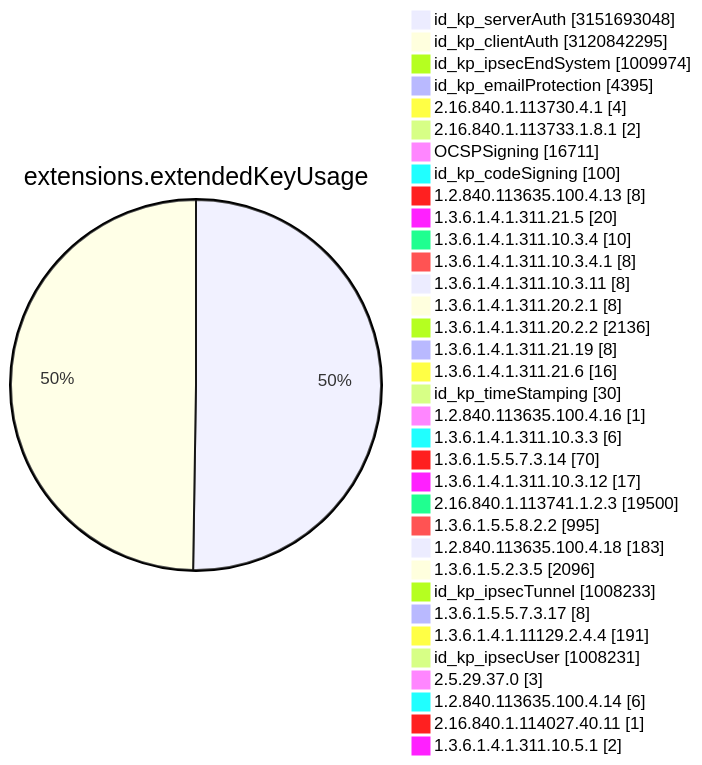
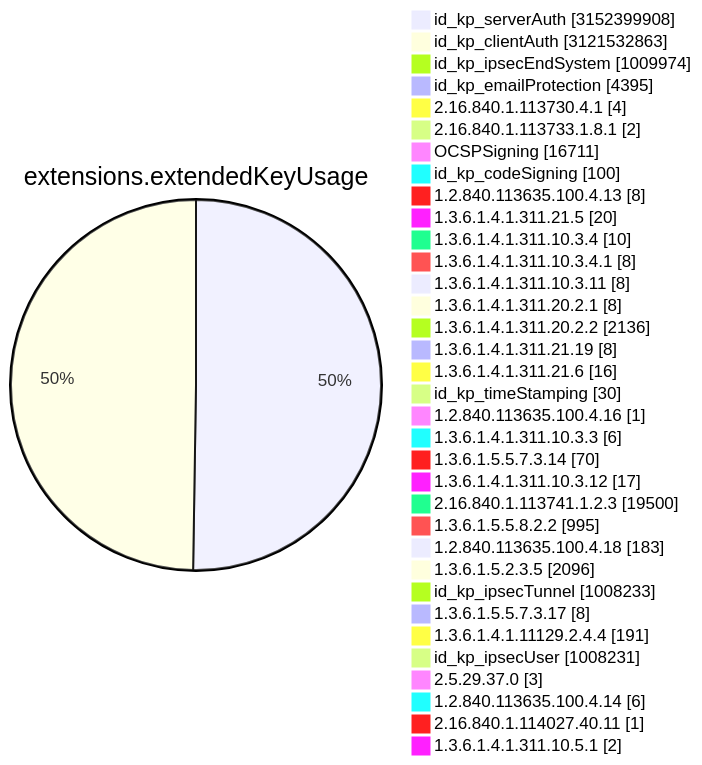
One commit to christiankrug/ctmonitor_visualization changed diagram 11 of 15 in TOTAL/README.md. Above: the diagram before and after it, drawn with Mermaid. The commit also changed other lines of this file, not shown here.

````diff
--- a/TOTAL/README.md
+++ b/TOTAL/README.md
@@ -4119,38 +4119,38 @@
 ```mermaid
 pie showData
 title extensions.extendedKeyUsage
-"id_kp_serverAuth" :3151693048
-"id_kp_clientAuth" :3120842295
+"id_kp_serverAuth" :3152399908
+"id_kp_clientAuth" :3121532863
 "id_kp_ipsecEndSystem" :1009974
 "id_kp_emailProtection" :4395
 "2.16.840.1.113730.4.1" :4
 "2.16.840.1.113733.1.8.1" :2
 "OCSPSigning" :16711
 "id_kp_codeSigning" :100
 "1.2.840.113635.100.4.13" :8
 "1.3.6.1.4.1.311.21.5" :20
 "1.3.6.1.4.1.311.10.3.4" :10
 "1.3.6.1.4.1.311.10.3.4.1" :8
 "1.3.6.1.4.1.311.10.3.11" :8
 "1.3.6.1.4.1.311.20.2.1" :8
 "1.3.6.1.4.1.311.20.2.2" :2136
 "1.3.6.1.4.1.311.21.19" :8
 "1.3.6.1.4.1.311.21.6" :16
 "id_kp_timeStamping" :30
 "1.2.840.113635.100.4.16" :1
 "1.3.6.1.4.1.311.10.3.3" :6
 "1.3.6.1.5.5.7.3.14" :70
 "1.3.6.1.4.1.311.10.3.12" :17
 "2.16.840.1.113741.1.2.3" :19500
 "1.3.6.1.5.5.8.2.2" :995
 "1.2.840.113635.100.4.18" :183
 "1.3.6.1.5.2.3.5" :2096
 "id_kp_ipsecTunnel" :1008233
 "1.3.6.1.5.5.7.3.17" :8
 "1.3.6.1.4.1.11129.2.4.4" :191
 "id_kp_ipsecUser" :1008231
 "2.5.29.37.0" :3
 "1.2.840.113635.100.4.14" :6
 "2.16.840.1.114027.40.11" :1
 "1.3.6.1.4.1.311.10.5.1" :2
 ```
````
